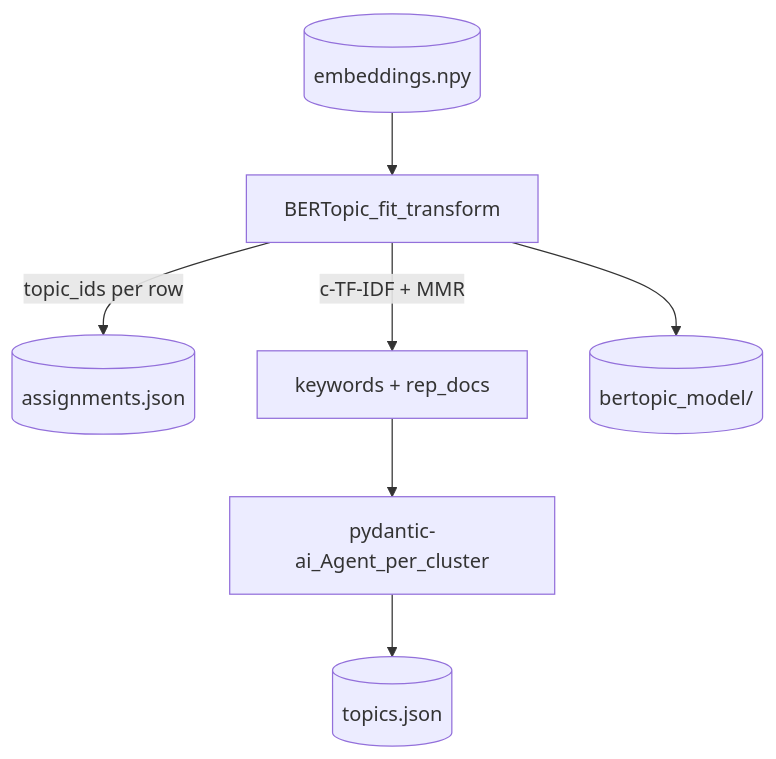
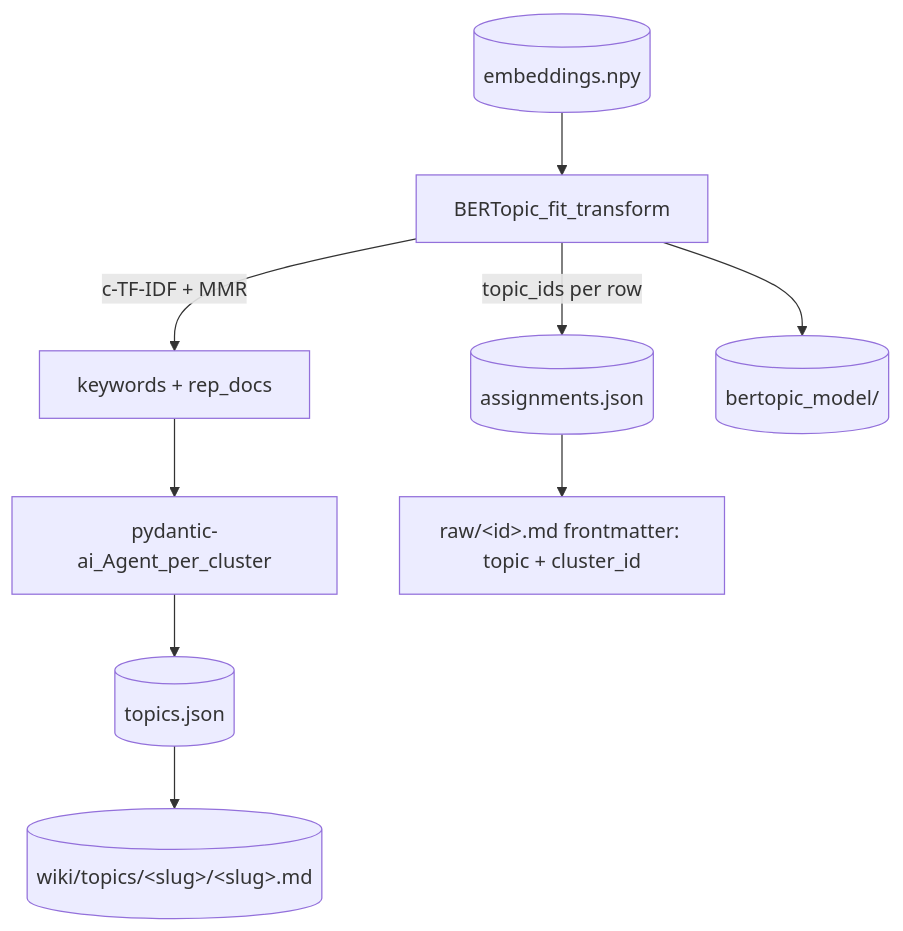
One commit to lars20070/youtubebrain changed the diagram in lat.md/clusters.md. Above: the diagram before and after it, drawn with Mermaid. The commit also changed other lines of this file and 2 other files, not shown here.

````diff
--- a/lat.md/clusters.md
+++ b/lat.md/clusters.md
@@ -11,9 +11,11 @@
 ```mermaid
 flowchart TD
     Emb[(embeddings.npy)] --> Fit[BERTopic_fit_transform]
     Fit -->|topic_ids per row| Assign[(assignments.json)]
     Fit -->|c-TF-IDF + MMR| Reps[keywords + rep_docs]
     Reps --> Agent[pydantic-ai_Agent_per_cluster]
     Agent --> Topics[(topics.json)]
     Fit --> Model[(bertopic_model/)]
+    Topics --> Wiki[(wiki/topics/&lt;slug&gt;/&lt;slug&gt;.md)]
+    Assign --> RawFM[raw/&lt;id&gt;.md frontmatter: topic + cluster_id]
 ```
````
